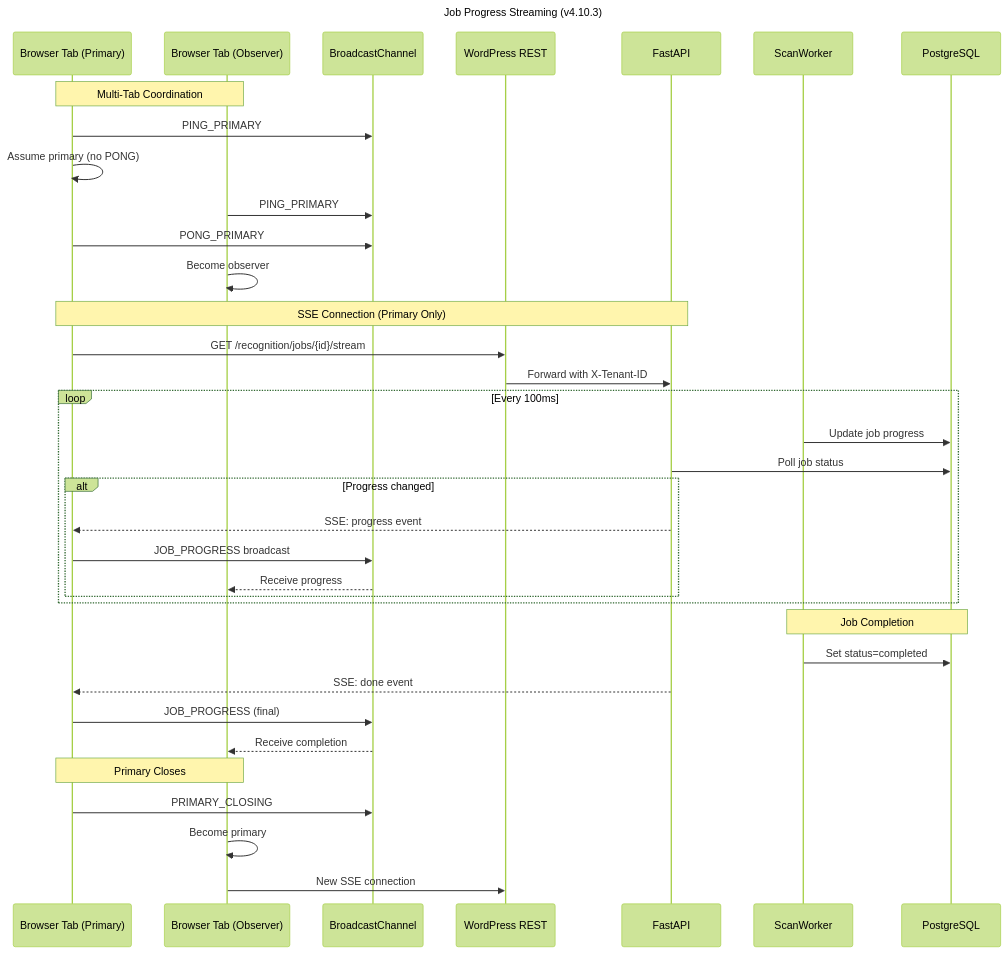
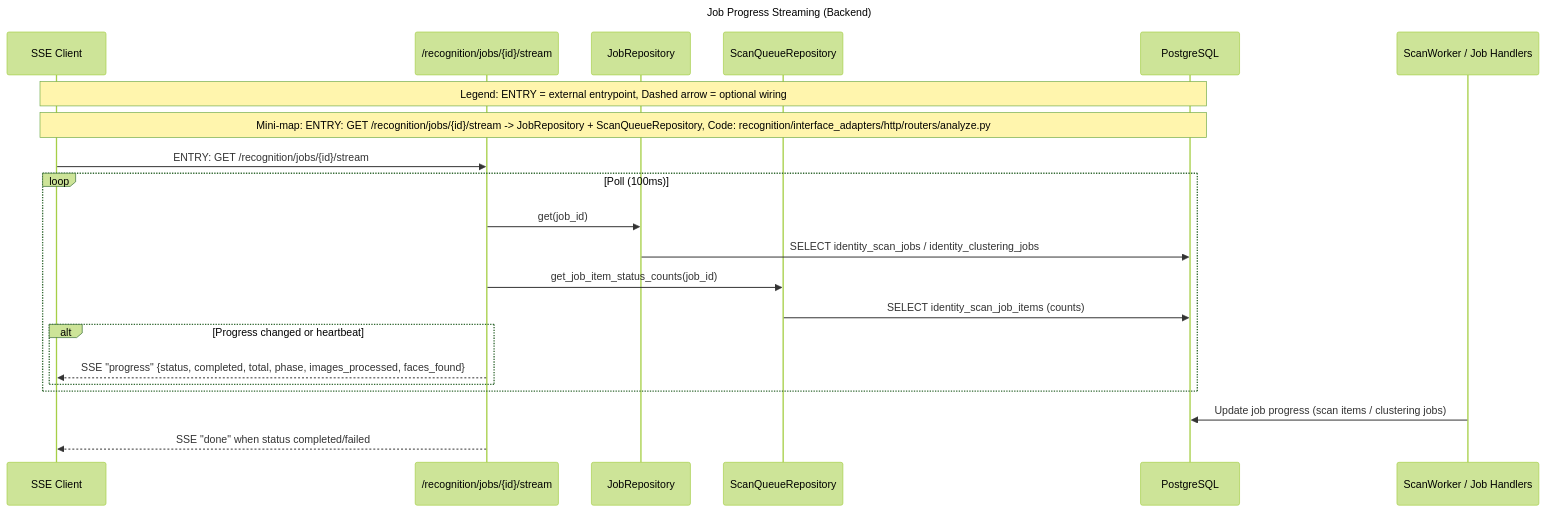
The diagram in docs/agentic/diagrams/backend-uml/job-progress-flow.mmd (darce/context-alt-text-monorepo), drawn with Mermaid (forest theme) before and after one commit. The commit also changed 33 other files, not shown here.

Commit message:
docs: refresh agentic diagrams and clustering docs

```diff
--- a/docs/agentic/diagrams/backend-uml/job-progress-flow.mmd
+++ b/docs/agentic/diagrams/backend-uml/job-progress-flow.mmd
@@ -1,43 +1,28 @@
 ---
-title: Job Progress Streaming (v4.10.3)
+title: Job Progress Streaming (Backend)
 ---
 sequenceDiagram
-    participant Tab1 as Browser Tab (Primary)
-    participant Tab2 as Browser Tab (Observer)
-    participant BC as BroadcastChannel
-    participant WP as WordPress REST
-    participant API as FastAPI
-    participant Worker as ScanWorker
+    participant Client as SSE Client
+    participant API as /recognition/jobs/{id}/stream
+    participant JobRepo as JobRepository
+    participant ScanRepo as ScanQueueRepository
     participant DB as PostgreSQL
+    participant Worker as ScanWorker / Job Handlers
 
-    Note over Tab1,Tab2: Multi-Tab Coordination
-    Tab1->>BC: PING_PRIMARY
-    Tab1->>Tab1: Assume primary (no PONG)
-    Tab2->>BC: PING_PRIMARY
-    Tab1->>BC: PONG_PRIMARY
-    Tab2->>Tab2: Become observer
+    Note over Client,DB: Legend: ENTRY = external entrypoint, Dashed arrow = optional wiring
+    Note over Client,DB: Mini-map: ENTRY: GET /recognition/jobs/{id}/stream -> JobRepository + ScanQueueRepository, Code: recognition/interface_adapters/http/routers/analyze.py
 
-    Note over Tab1,API: SSE Connection (Primary Only)
-    Tab1->>WP: GET /recognition/jobs/{id}/stream
-    WP->>API: Forward with X-Tenant-ID
-    
-    loop Every 100ms
-        Worker->>DB: Update job progress
-        API->>DB: Poll job status
-        alt Progress changed
-            API-->>Tab1: SSE: progress event
-            Tab1->>BC: JOB_PROGRESS broadcast
-            BC-->>Tab2: Receive progress
+    Client->>API: ENTRY: GET /recognition/jobs/{id}/stream
+
+    loop Poll (100ms)
+        API->>JobRepo: get(job_id)
+        JobRepo->>DB: SELECT identity_scan_jobs / identity_clustering_jobs
+        API->>ScanRepo: get_job_item_status_counts(job_id)
+        ScanRepo->>DB: SELECT identity_scan_job_items (counts)
+        alt Progress changed or heartbeat
+            API-->>Client: SSE "progress" {status, completed, total, phase, images_processed, faces_found}
         end
     end
 
-    Note over Worker,DB: Job Completion
-    Worker->>DB: Set status=completed
-    API-->>Tab1: SSE: done event
-    Tab1->>BC: JOB_PROGRESS (final)
-    BC-->>Tab2: Receive completion
-
-    Note over Tab1,Tab2: Primary Closes
-    Tab1->>BC: PRIMARY_CLOSING
-    Tab2->>Tab2: Become primary
-    Tab2->>WP: New SSE connection
+    Worker->>DB: Update job progress (scan items / clustering jobs)
+    API-->>Client: SSE "done" when status completed/failed
```
